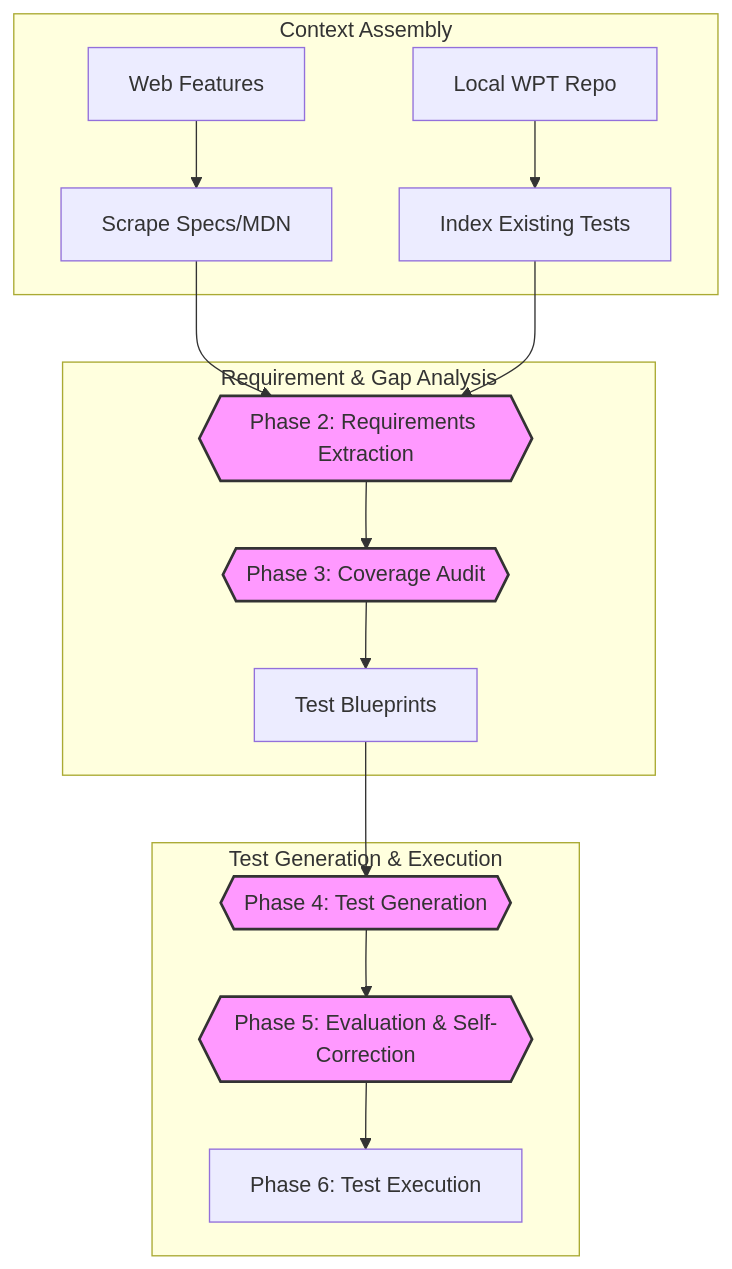
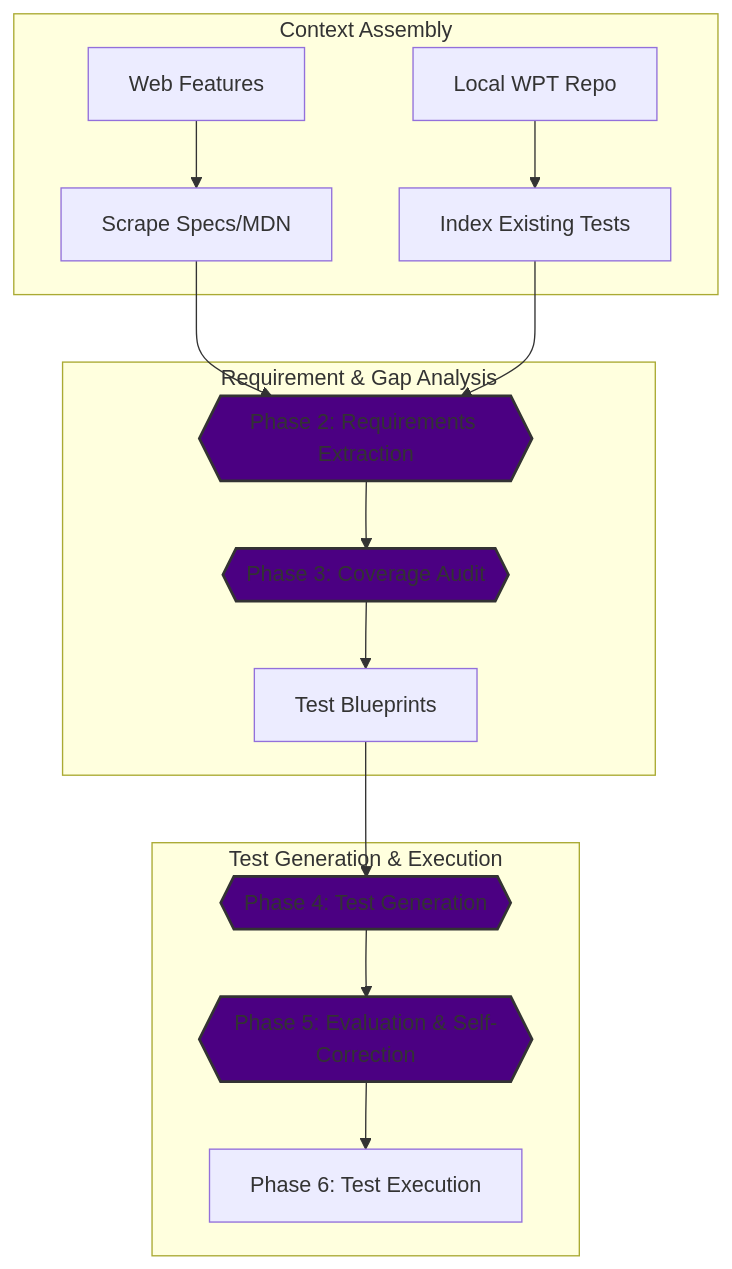
Before and after one commit to GoogleChromeLabs/wpt-gen: the diagram in README.md, drawn with Mermaid. The commit also changed other lines of this file, not shown here.

````diff
--- a/README.md
+++ b/README.md
@@ -30,22 +30,22 @@
 ```mermaid
 flowchart TD
     subgraph Context[Context Assembly]
         A[Web Features] --> B[Scrape Specs/MDN]
         C[Local WPT Repo] --> D[Index Existing Tests]
     end
 
     subgraph Analysis[Requirement & Gap Analysis]
         B & D --> E{{Phase 2: Requirements Extraction}}
         E --> F{{Phase 3: Coverage Audit}}
         F --> G[Test Blueprints]
     end
 
     subgraph Generation[Test Generation & Execution]
         G --> H{{Phase 4: Test Generation}}
         H --> I{{Phase 5: Evaluation & Self-Correction}}
         I --> J[Phase 6: Test Execution]
     end
 
-    classDef llm fill:#f9f,stroke:#333,stroke-width:2px;
+    classDef llm fill:#4B0082,stroke:#333,stroke-width:2px;
     class E,F,H,I llm;
 ```
````
